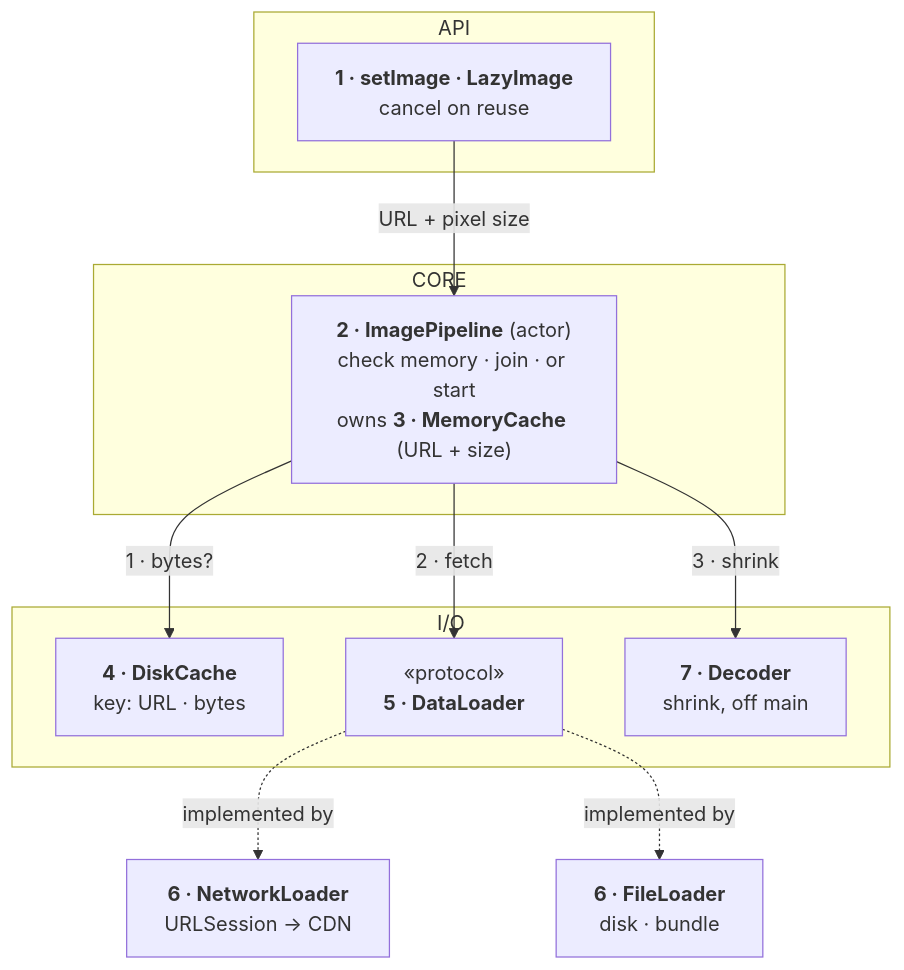
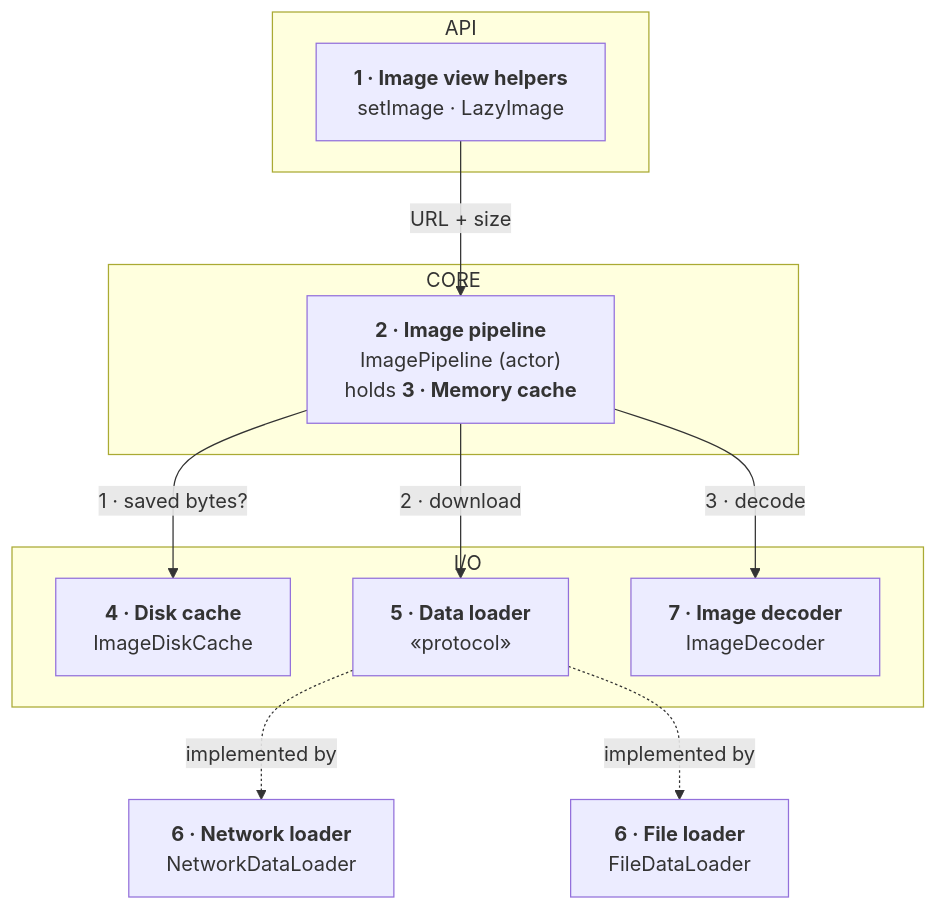
The first of 2 diagrams in topics/system-design/01-image-loading-and-caching-library.md (rezabina86/reference-desk), drawn with Mermaid before and after one commit. The commit also changed other lines of this file and 4 other files, not shown here.

````diff
--- a/topics/system-design/01-image-loading-and-caching-library.md
+++ b/topics/system-design/01-image-loading-and-caching-library.md
@@ -123,27 +123,27 @@
 ```mermaid
 flowchart TB
   subgraph A["API"]
-    Call["<b>1 · setImage · LazyImage</b><br/>cancel on reuse"]
+    Call["<b>1 · Image view helpers</b><br/>setImage · LazyImage"]
   end
   subgraph C["CORE"]
-    Pipe["<b>2 · ImagePipeline</b> (actor)<br/>check memory · join · or start<br/>owns <b>3 · MemoryCache</b> (URL + size)"]
+    Pipe["<b>2 · Image pipeline</b><br/>ImagePipeline (actor)<br/>holds <b>3 · Memory cache</b>"]
   end
   subgraph IO["I/O"]
-    Disk["<b>4 · DiskCache</b><br/>key: URL · bytes"]
-    Loader["«protocol»<br/><b>5 · DataLoader</b>"]
-    Dec["<b>7 · Decoder</b><br/>shrink, off main"]
+    Disk["<b>4 · Disk cache</b><br/>ImageDiskCache"]
+    Loader["<b>5 · Data loader</b><br/>«protocol»"]
+    Dec["<b>7 · Image decoder</b><br/>ImageDecoder"]
   end
-  Net["<b>6 · NetworkLoader</b><br/>URLSession → CDN"]
-  File["<b>6 · FileLoader</b><br/>disk · bundle"]
-  Call -- "URL + pixel size" --> Pipe
-  Pipe -- "1 · bytes?" --> Disk
-  Pipe -- "2 · fetch" --> Loader
-  Pipe -- "3 · shrink" --> Dec
+  Net["<b>6 · Network loader</b><br/>NetworkDataLoader"]
+  File["<b>6 · File loader</b><br/>FileDataLoader"]
+  Call -- "URL + size" --> Pipe
+  Pipe -- "1 · saved bytes?" --> Disk
+  Pipe -- "2 · download" --> Loader
+  Pipe -- "3 · decode" --> Dec
   Loader -. "implemented by" .-> Net
   Loader -. "implemented by" .-> File
   class Call pres
   class Pipe dom
   class Disk,Loader,Dec data
   class Net net
   class File data
 ```
````
